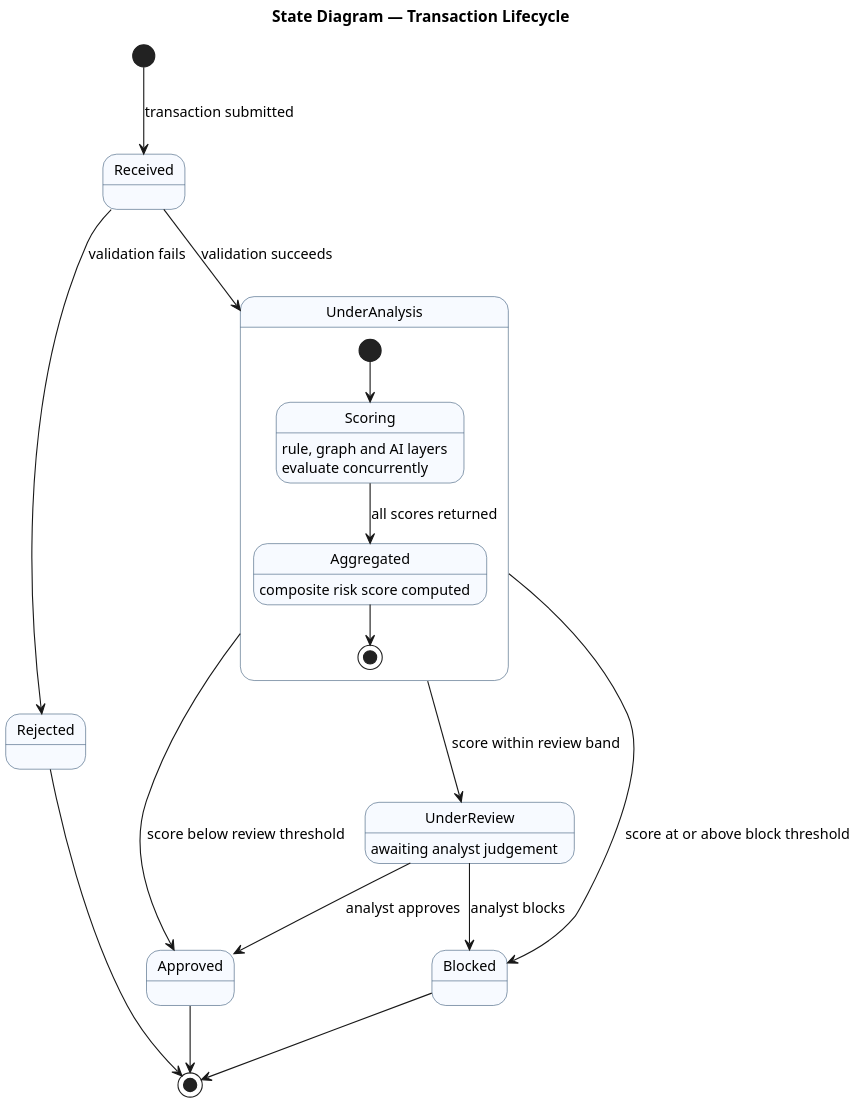
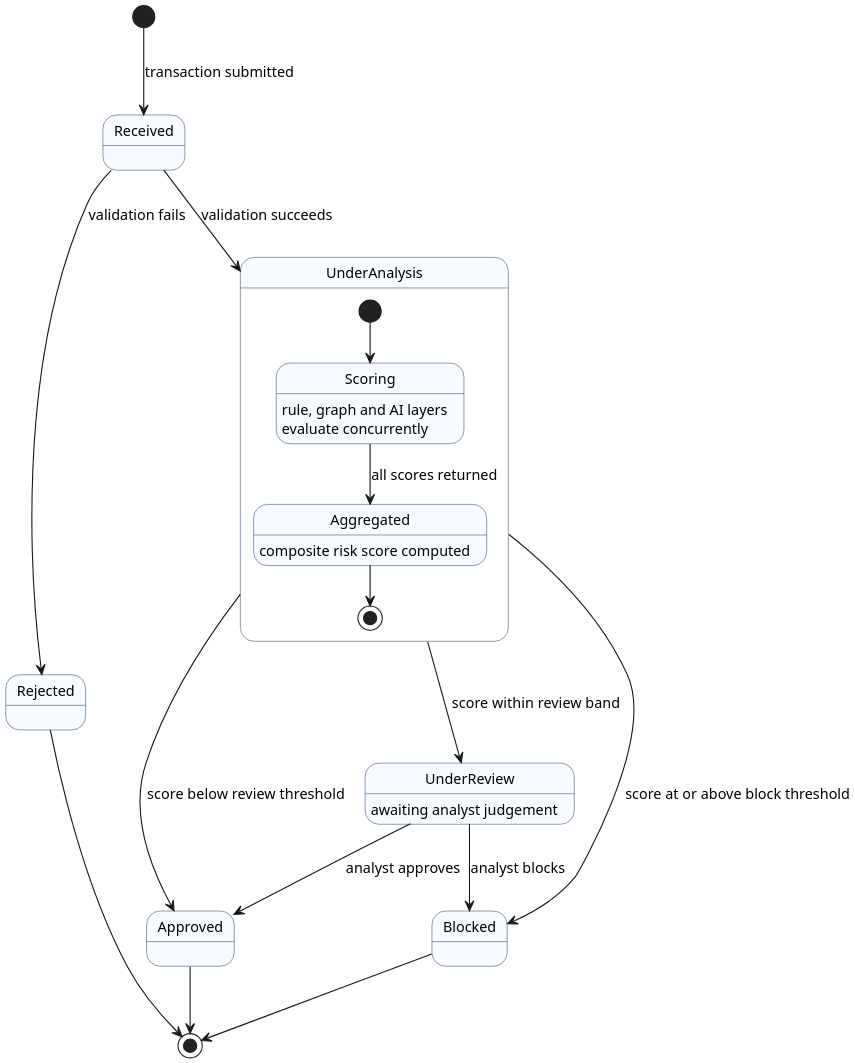
The diagram in docs/diagrams/06-state.puml (OMJOSHI15/indus11), drawn with PlantUML before and after one commit. The commit also changed 34 other files, not shown here.

```diff
--- a/docs/diagrams/06-state.puml
+++ b/docs/diagrams/06-state.puml
@@ -1,33 +1,32 @@
 @startuml
 skinparam dpi 200
 skinparam backgroundColor white
 skinparam shadowing false
 skinparam defaultFontName Times New Roman
 skinparam defaultFontSize 13
 skinparam state {
   BorderColor #2F4F6F
   BackgroundColor #F7FAFF
   FontName Times New Roman
 }
-title State Diagram — Transaction Lifecycle
 [*] --> Received : transaction submitted
 Received --> Rejected : validation fails
 Received --> UnderAnalysis : validation succeeds
 state UnderAnalysis {
   [*] --> Scoring
   Scoring : rule, graph and AI layers
   Scoring : evaluate concurrently
   Scoring --> Aggregated : all scores returned
   Aggregated : composite risk score computed
   Aggregated --> [*]
 }
 UnderAnalysis --> Approved : score below review threshold
 UnderAnalysis --> UnderReview : score within review band
 UnderAnalysis --> Blocked : score at or above block threshold
 UnderReview : awaiting analyst judgement
 UnderReview --> Approved : analyst approves
 UnderReview --> Blocked : analyst blocks
 Approved --> [*]
 Blocked --> [*]
 Rejected --> [*]
 @enduml
```
